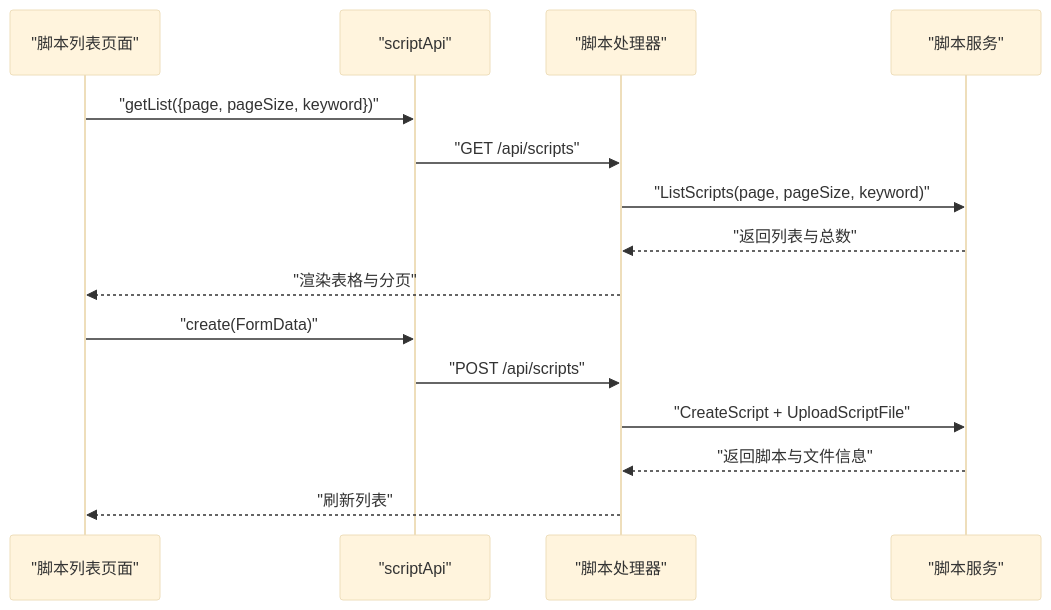
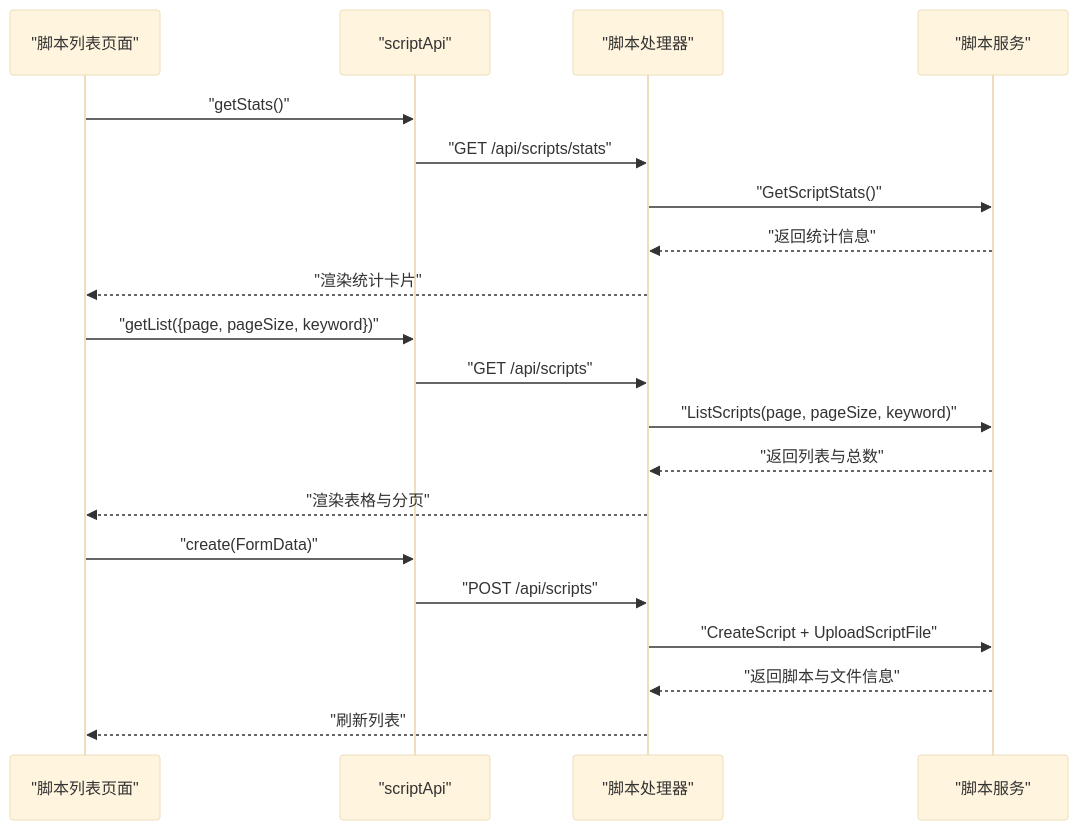
The eighth of 9 diagrams in .qoder/repowiki/zh/content/核心业务模块/脚本管理系统/脚本管理系统.md (Liyuhao02/Jmeter-Admin), drawn with Mermaid (base theme) before and after one commit. The commit also changed other lines of this file and 6 other files, not shown here.

````diff
--- a/.qoder/repowiki/zh/content/核心业务模块/脚本管理系统/脚本管理系统.md
+++ b/.qoder/repowiki/zh/content/核心业务模块/脚本管理系统/脚本管理系统.md
@@ -279,17 +355,22 @@
 ```mermaid
 sequenceDiagram
 participant UI as "脚本列表页面"
 participant API as "scriptApi"
 participant Handler as "脚本处理器"
 participant Service as "脚本服务"
+UI->>API : "getStats()"
+API->>Handler : "GET /api/scripts/stats"
+Handler->>Service : "GetScriptStats()"
+Service-->>Handler : "返回统计信息"
+Handler-->>UI : "渲染统计卡片"
 UI->>API : "getList({page, pageSize, keyword})"
 API->>Handler : "GET /api/scripts"
 Handler->>Service : "ListScripts(page, pageSize, keyword)"
 Service-->>Handler : "返回列表与总数"
 Handler-->>UI : "渲染表格与分页"
 UI->>API : "create(FormData)"
 API->>Handler : "POST /api/scripts"
 Handler->>Service : "CreateScript + UploadScriptFile"
 Service-->>Handler : "返回脚本与文件信息"
 Handler-->>UI : "刷新列表"
 ```
````
